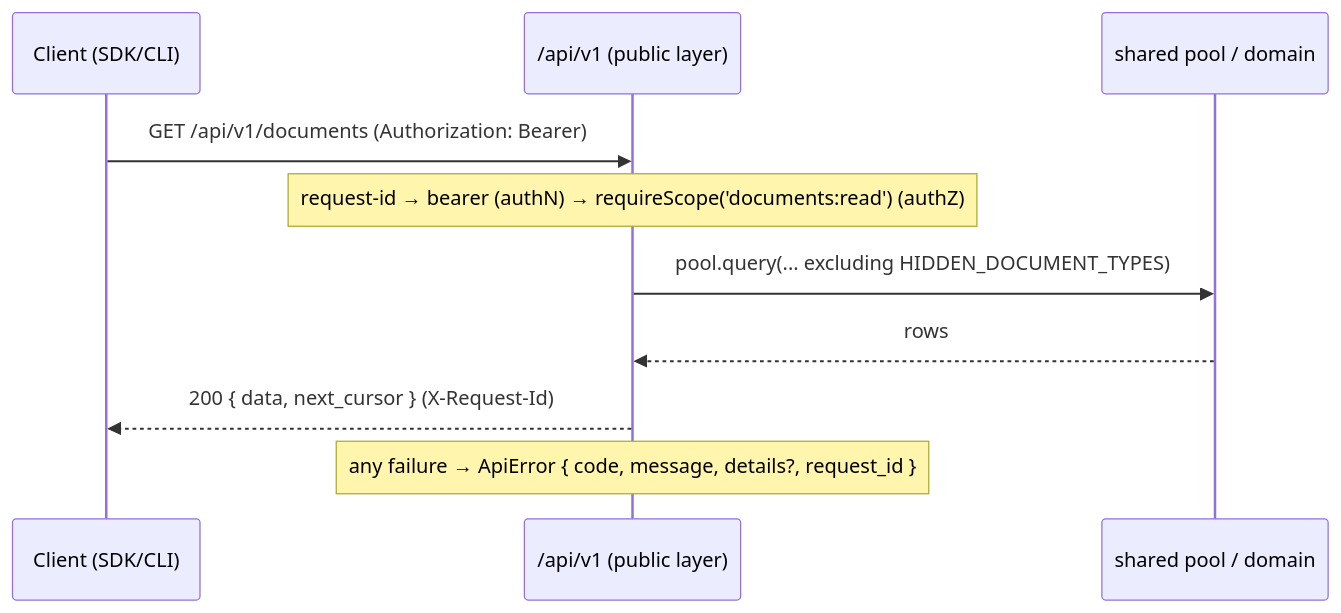
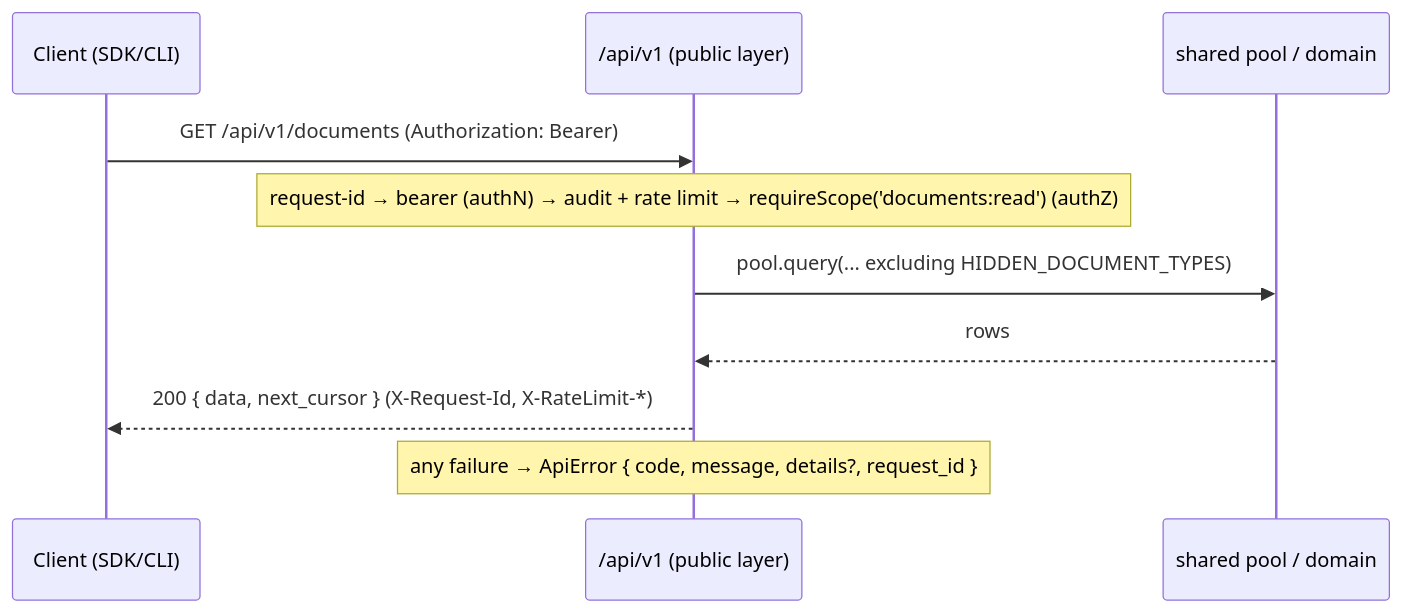
One commit to ryanjagger/ship changed the first of 4 diagrams in docs/architecture.md. Above: the diagram before and after it, drawn with Mermaid. The commit also changed other lines of this file and 5 other files, not shown here.

````diff
--- a/docs/architecture.md
+++ b/docs/architecture.md
@@ -173,12 +203,12 @@
 ```mermaid
 sequenceDiagram
     participant C as Client (SDK/CLI)
     participant V as /api/v1 (public layer)
     participant DB as shared pool / domain
     C->>V: GET /api/v1/documents  (Authorization: Bearer)
-    Note over V: request-id → bearer (authN) → requireScope('documents:read') (authZ)
+    Note over V: request-id → bearer (authN) → audit + rate limit → requireScope('documents:read') (authZ)
     V->>DB: pool.query(... excluding HIDDEN_DOCUMENT_TYPES)
     DB-->>V: rows
-    V-->>C: 200 { data, next_cursor }  (X-Request-Id)
+    V-->>C: 200 { data, next_cursor }  (X-Request-Id, X-RateLimit-*)
     Note over V: any failure → ApiError { code, message, details?, request_id }
 ```
````
